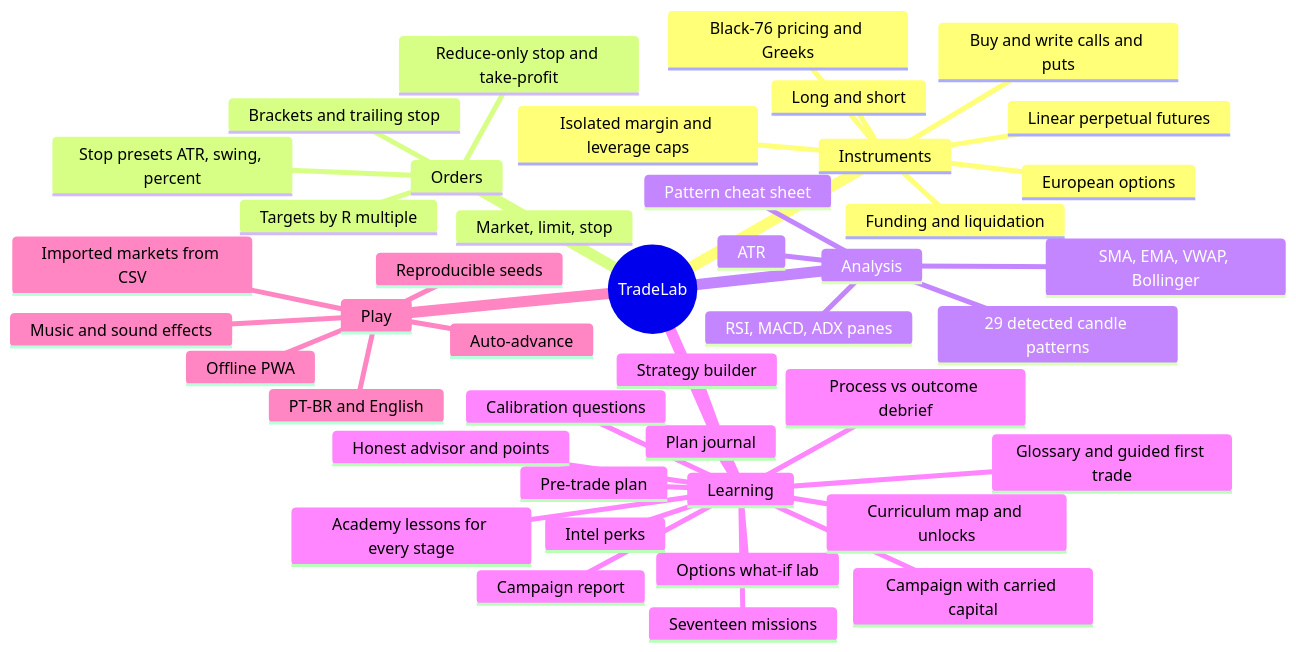
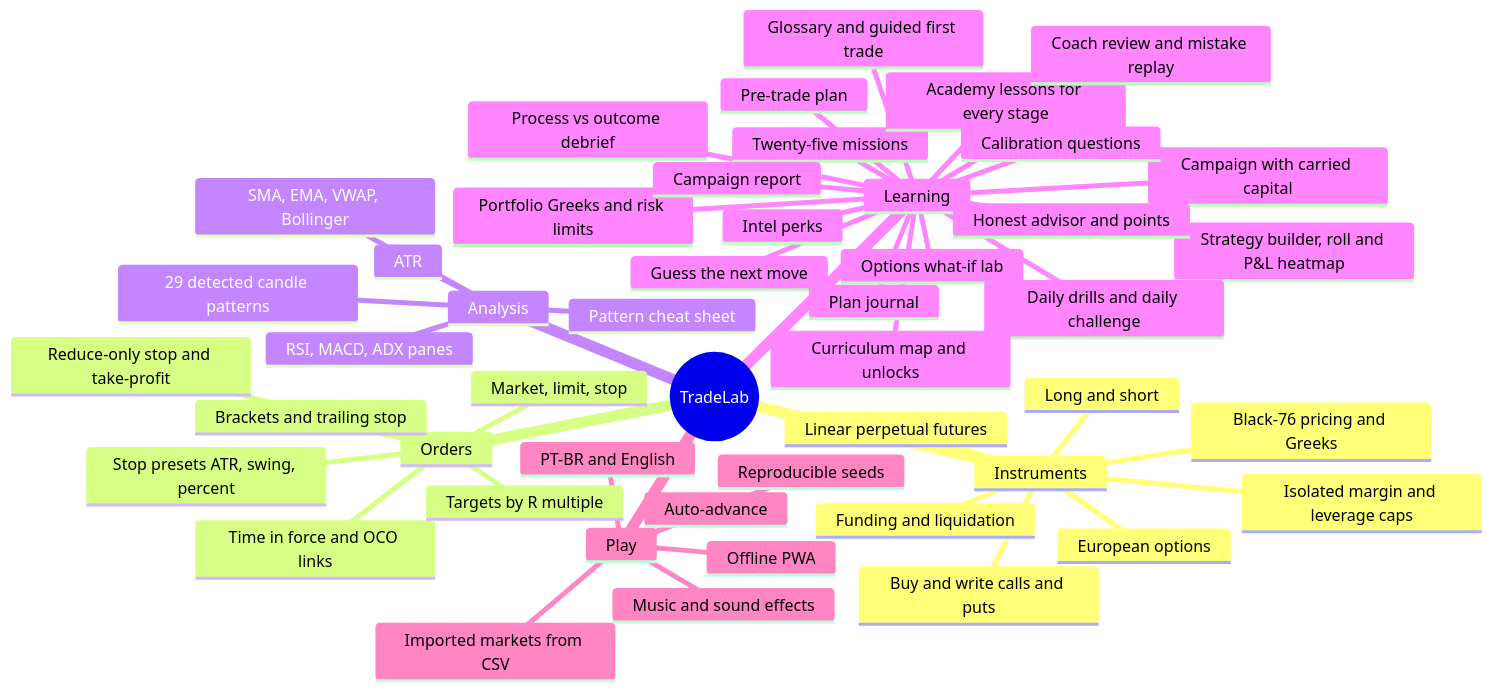
The first of 7 diagrams in README.md (CyberdyneCorp/trading-game), drawn with Mermaid before and after one commit. The commit also changed other lines of this file and 1 other file, not shown here.

Commit message:
docs: README and product spec reflect the 25 missions, practice formats and what a web release still needs

````diff
--- a/README.md
+++ b/README.md
@@ -72,46 +72,51 @@
 ```mermaid
 mindmap
   root((TradeLab))
     Instruments
       Linear perpetual futures
       Long and short
       Isolated margin and leverage caps
       Funding and liquidation
       European options
       Buy and write calls and puts
       Black-76 pricing and Greeks
     Orders
       Market, limit, stop
       Reduce-only stop and take-profit
       Brackets and trailing stop
+      Time in force and OCO links
       Stop presets ATR, swing, percent
       Targets by R multiple
     Analysis
       SMA, EMA, VWAP, Bollinger
       RSI, MACD, ADX panes
       ATR
       29 detected candle patterns
       Pattern cheat sheet
     Learning
-      Seventeen missions
+      Twenty-five missions
       Academy lessons for every stage
       Glossary and guided first trade
       Options what-if lab
-      Strategy builder
+      Strategy builder, roll and P&L heatmap
+      Portfolio Greeks and risk limits
+      Daily drills and daily challenge
+      Guess the next move
+      Coach review and mistake replay
       Campaign with carried capital
       Campaign report
       Curriculum map and unlocks
       Plan journal
       Honest advisor and points
       Intel perks
       Pre-trade plan
       Calibration questions
       Process vs outcome debrief
     Play
       Auto-advance
       Music and sound effects
       Offline PWA
       Imported markets from CSV
       PT-BR and English
       Reproducible seeds
 ```
````
